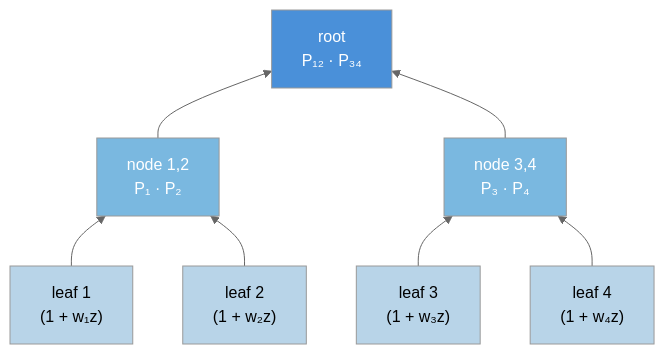
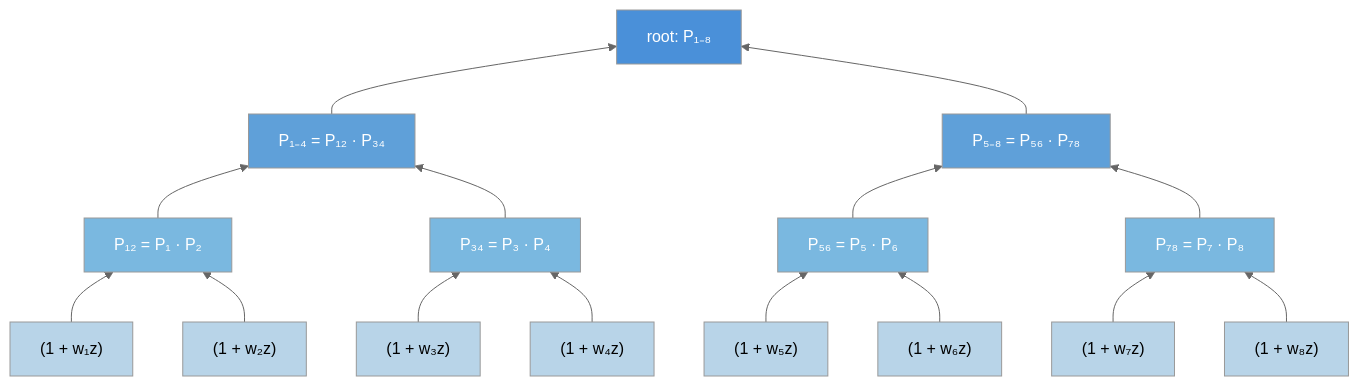
The first of 3 diagrams in README.md (timvieira/conditional-poisson-sampling), drawn with Mermaid (neutral theme) before and after one commit. The commit also changed other lines of this file and 1 other file, not shown here.

First line of the commit message:
Move algorithm explanation to blog post, expand diagrams to 8 nodes

````diff
--- a/README.md
+++ b/README.md
@@ -85,17 +79,33 @@
 ```mermaid
 graph BT
-    L1["leaf 1<br/>(1 + w₁z)"] --> N12["node 1,2<br/>P₁ · P₂"]
-    L2["leaf 2<br/>(1 + w₂z)"] --> N12
-    L3["leaf 3<br/>(1 + w₃z)"] --> N34["node 3,4<br/>P₃ · P₄"]
-    L4["leaf 4<br/>(1 + w₄z)"] --> N34
-    N12 --> ROOT["root<br/>P₁₂ · P₃₄"]
-    N34 --> ROOT
+    L1["(1 + w₁z)"] --> N12["P₁₂ = P₁ · P₂"]
+    L2["(1 + w₂z)"] --> N12
+    L3["(1 + w₃z)"] --> N34["P₃₄ = P₃ · P₄"]
+    L4["(1 + w₄z)"] --> N34
+    L5["(1 + w₅z)"] --> N56["P₅₆ = P₅ · P₆"]
+    L6["(1 + w₆z)"] --> N56
+    L7["(1 + w₇z)"] --> N78["P₇₈ = P₇ · P₈"]
+    L8["(1 + w₈z)"] --> N78
+    N12 --> N1234["P₁₋₄ = P₁₂ · P₃₄"]
+    N34 --> N1234
+    N56 --> N5678["P₅₋₈ = P₅₆ · P₇₈"]
+    N78 --> N5678
+    N1234 --> ROOT["root: P₁₋₈"]
+    N5678 --> ROOT
 
     style ROOT fill:#4a90d9,color:#fff
+    style N1234 fill:#5fa0d9,color:#fff
+    style N5678 fill:#5fa0d9,color:#fff
     style N12 fill:#7ab8e0,color:#fff
     style N34 fill:#7ab8e0,color:#fff
+    style N56 fill:#7ab8e0,color:#fff
+    style N78 fill:#7ab8e0,color:#fff
     style L1 fill:#b8d4e8,color:#000
     style L2 fill:#b8d4e8,color:#000
     style L3 fill:#b8d4e8,color:#000
     style L4 fill:#b8d4e8,color:#000
+    style L5 fill:#b8d4e8,color:#000
+    style L6 fill:#b8d4e8,color:#000
+    style L7 fill:#b8d4e8,color:#000
+    style L8 fill:#b8d4e8,color:#000
 ```
````
